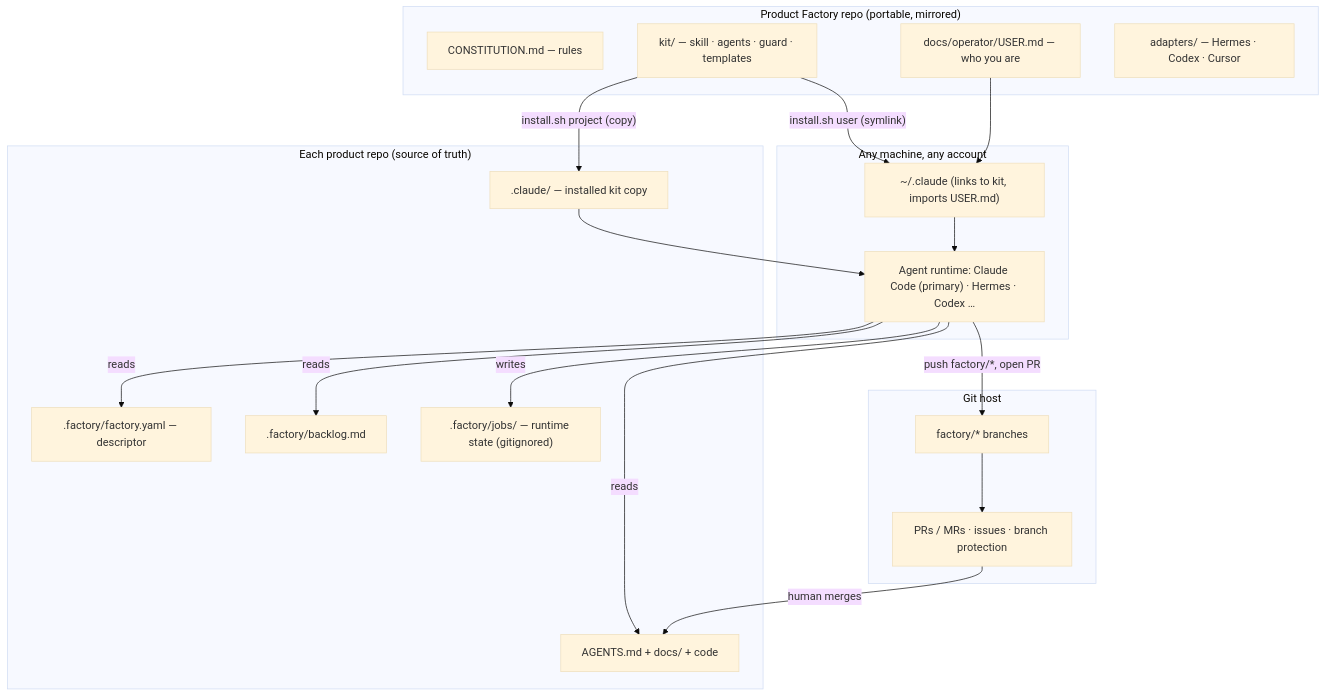
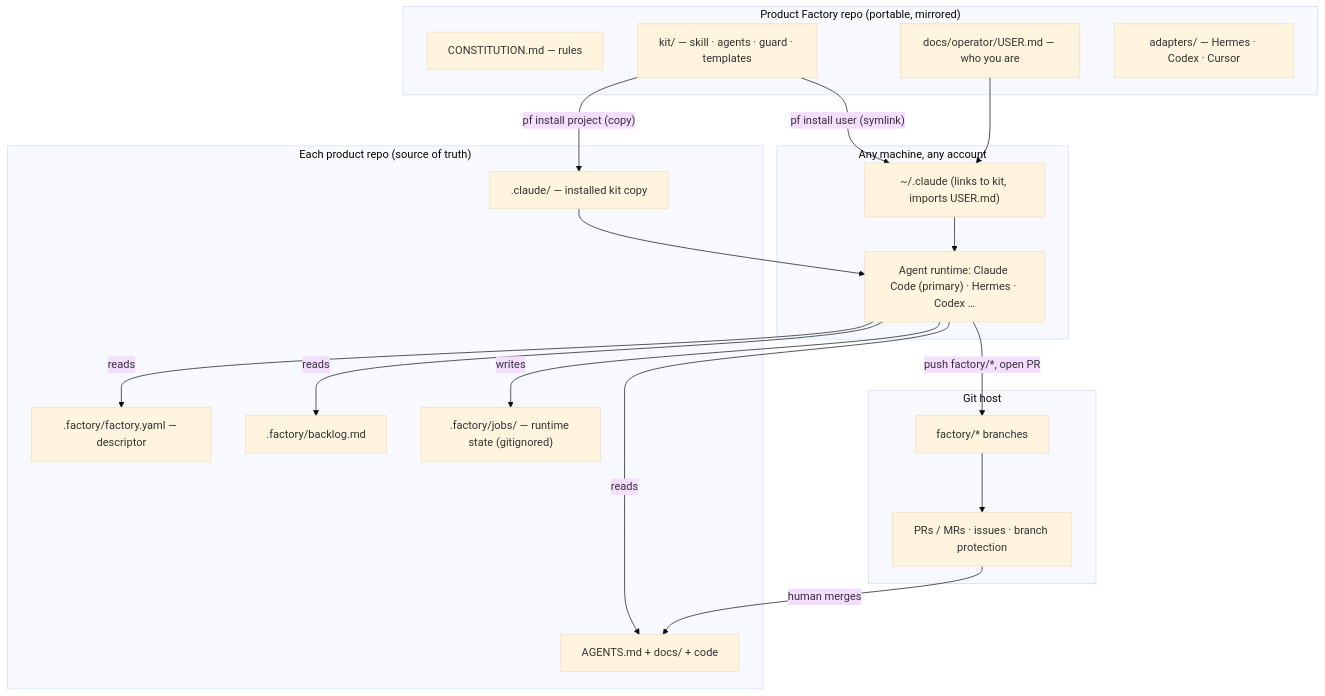
Before and after one commit to Mat-Agh/product-factory: the diagram in docs/assets/diagrams/layers.mmd, drawn with Mermaid (base theme). The commit also changed 82 other files, not shown here.

```diff
--- a/docs/assets/diagrams/layers.mmd
+++ b/docs/assets/diagrams/layers.mmd
@@ -1,31 +1,31 @@
 flowchart TB
   subgraph Factory["Product Factory repo (portable, mirrored)"]
     C["CONSTITUTION.md — rules"]
     O["docs/operator/USER.md — who you are"]
     K["kit/ — skill · agents · guard · templates"]
     A["adapters/ — Hermes · Codex · Cursor"]
   end
   subgraph Machine["Any machine, any account"]
     U["~/.claude (links to kit, imports USER.md)"]
     R["Agent runtime: Claude Code (primary) · Hermes · Codex …"]
   end
   subgraph Product["Each product repo (source of truth)"]
     AG["AGENTS.md + docs/ + code"]
     FY[".factory/factory.yaml — descriptor"]
     BL[".factory/backlog.md"]
     KC[".claude/ — installed kit copy"]
     J[".factory/jobs/ — runtime state (gitignored)"]
   end
   subgraph Remote["Git host"]
     BR["factory/* branches"]
     PRS["PRs / MRs · issues · branch protection"]
   end
-  K -- "install.sh project (copy)" --> KC
-  K -- "install.sh user (symlink)" --> U
+  K -- "pf install project (copy)" --> KC
+  K -- "pf install user (symlink)" --> U
   O --> U
   U --> R
   KC --> R
   R -- reads --> AG & FY & BL
   R -- writes --> J
   R -- "push factory/*, open PR" --> BR --> PRS
   PRS -- "human merges" --> AG
```
